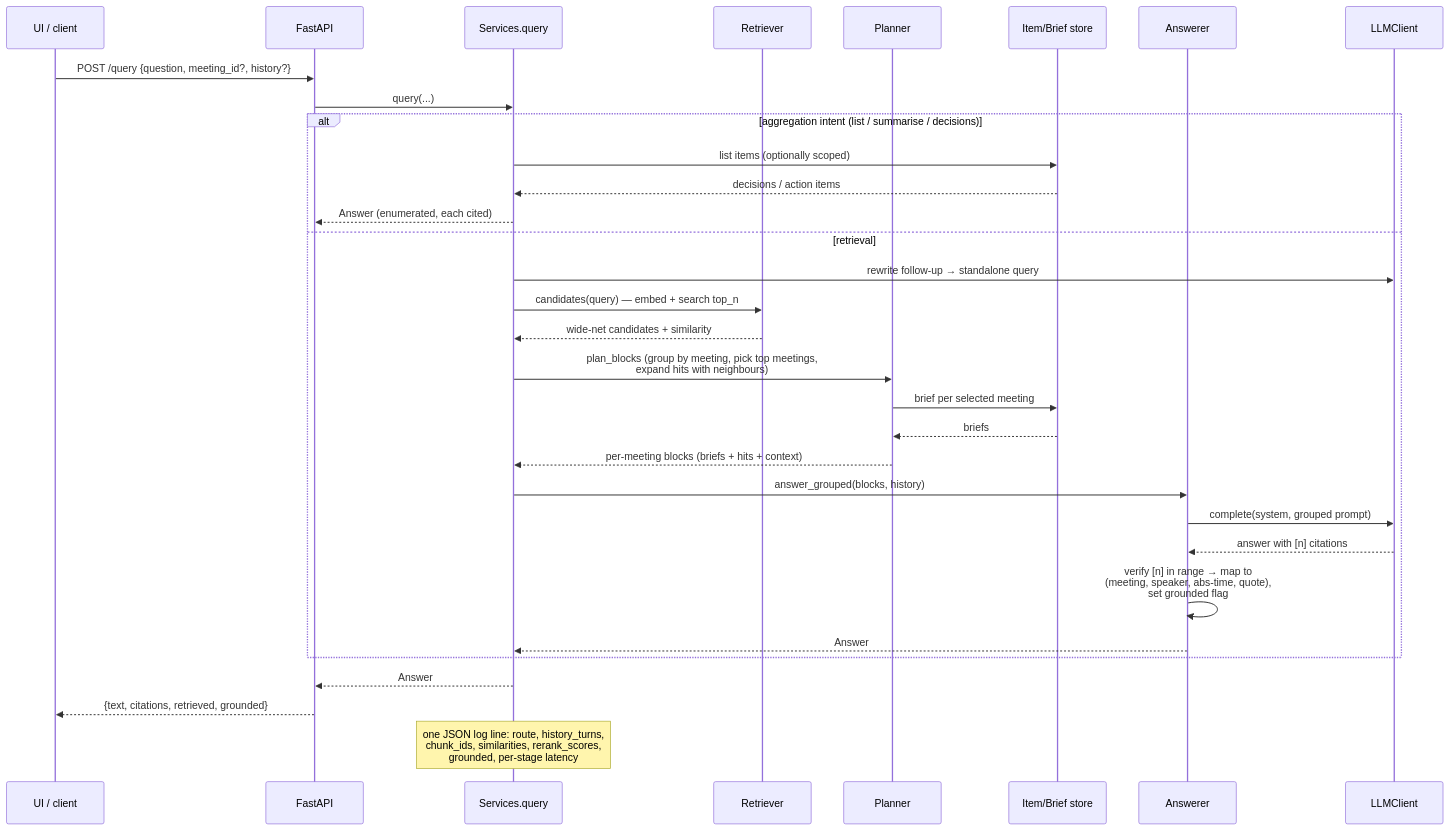
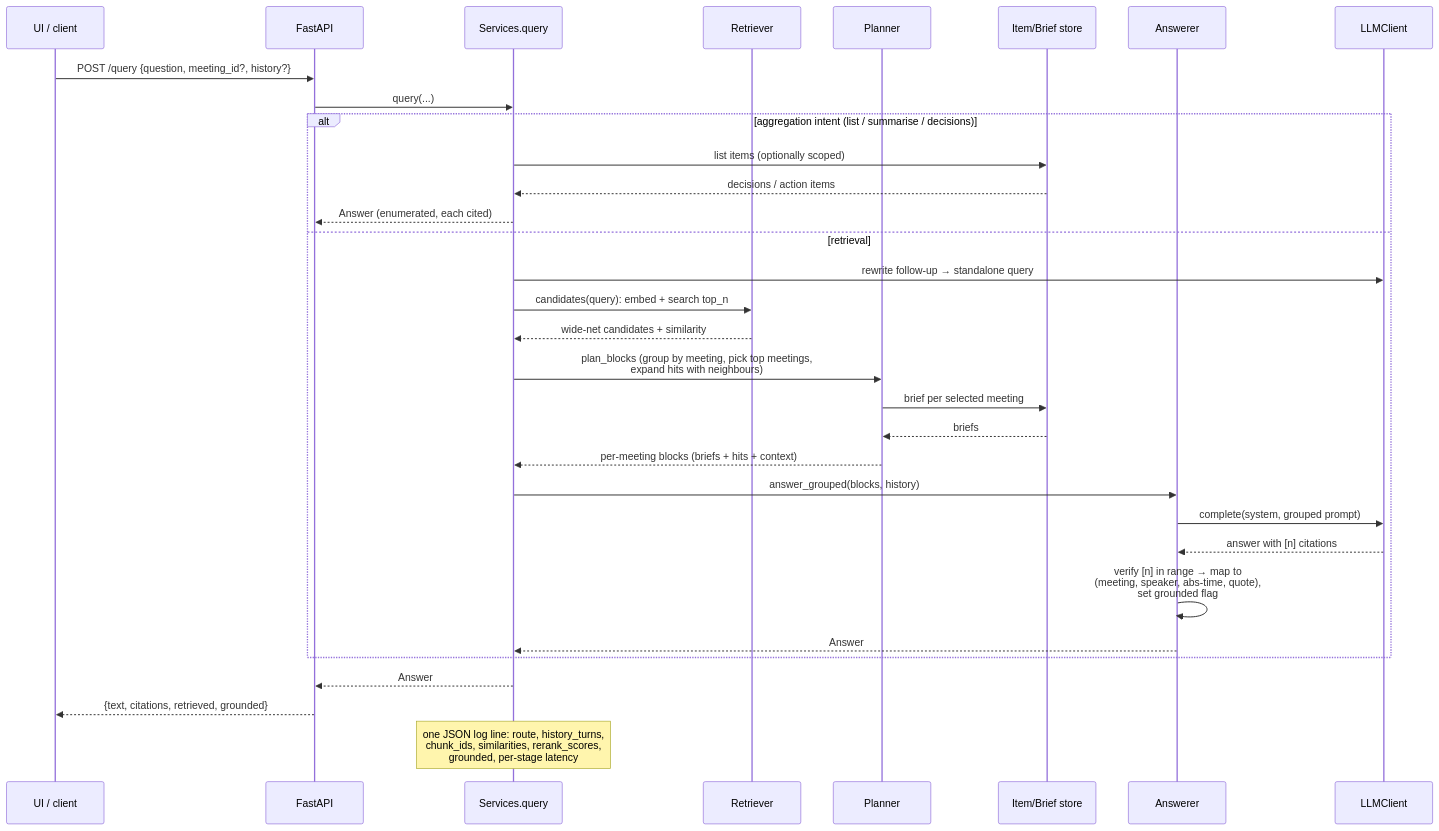
Before and after one commit to Farzinkh/newpage_solutions: the fifth of 5 diagrams in meeting-intelligence/docs/architecture.md, drawn with Mermaid. The commit also changed other lines of this file and 3 other files, not shown here.

````diff
--- a/meeting-intelligence/docs/architecture.md
+++ b/meeting-intelligence/docs/architecture.md
@@ -229,35 +229,35 @@
 ```mermaid
 sequenceDiagram
     participant UI as UI / client
     participant API as FastAPI
     participant SV as Services.query
     participant R as Retriever
     participant PL as Planner
     participant IS as Item/Brief store
     participant AN as Answerer
     participant L as LLMClient
 
     UI->>API: POST /query {question, meeting_id?, history?}
     API->>SV: query(...)
     alt aggregation intent (list / summarise / decisions)
         SV->>IS: list items (optionally scoped)
         IS-->>SV: decisions / action items
         SV-->>API: Answer (enumerated, each cited)
     else retrieval
         SV->>L: rewrite follow-up → standalone query
-        SV->>R: candidates(query) — embed + search top_n
+        SV->>R: candidates(query): embed + search top_n
         R-->>SV: wide-net candidates + similarity
         SV->>PL: plan_blocks (group by meeting, pick top meetings,<br/>expand hits with neighbours)
         PL->>IS: brief per selected meeting
         IS-->>PL: briefs
         PL-->>SV: per-meeting blocks (briefs + hits + context)
         SV->>AN: answer_grouped(blocks, history)
         AN->>L: complete(system, grouped prompt)
         L-->>AN: answer with [n] citations
         AN->>AN: verify [n] in range → map to<br/>(meeting, speaker, abs-time, quote),<br/>set grounded flag
         AN-->>SV: Answer
     end
     SV-->>API: Answer
     API-->>UI: {text, citations, retrieved, grounded}
     Note over SV: one JSON log line: route, history_turns,<br/>chunk_ids, similarities, rerank_scores,<br/>grounded, per-stage latency
 ```
````
